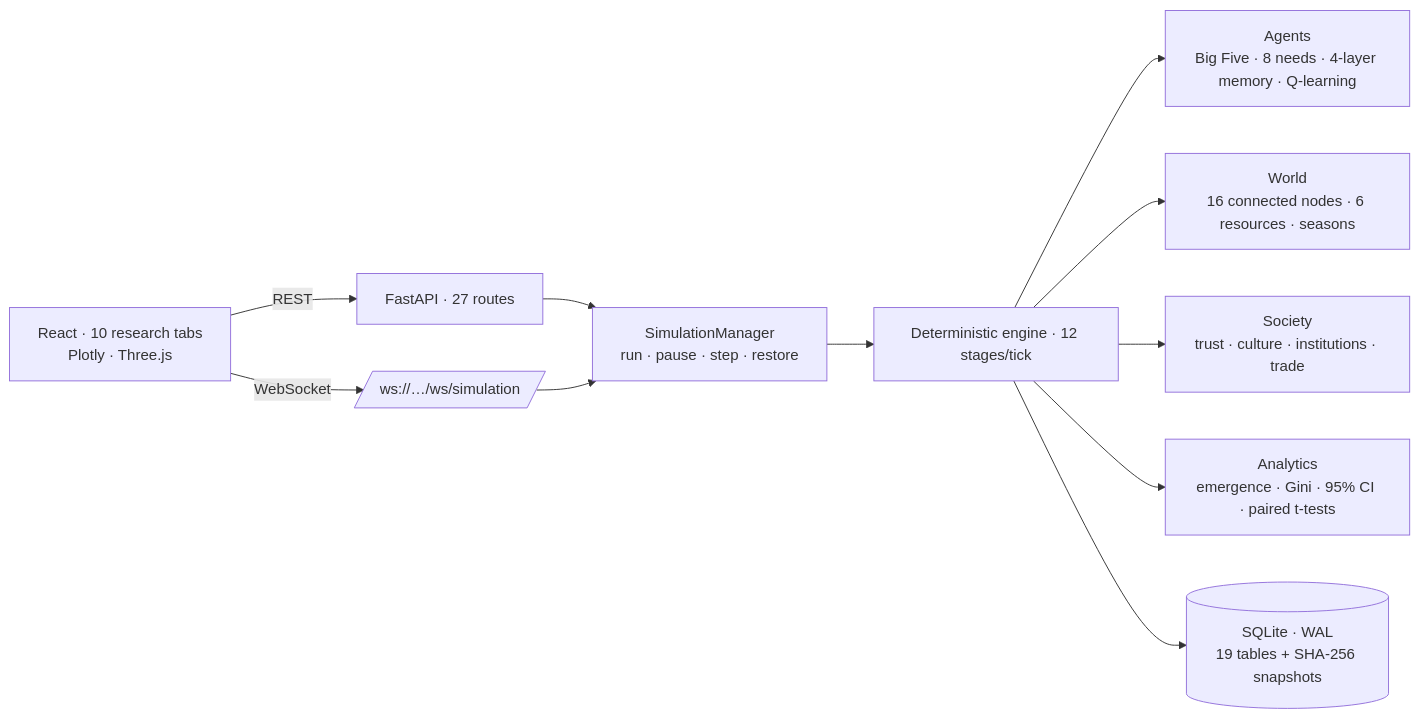
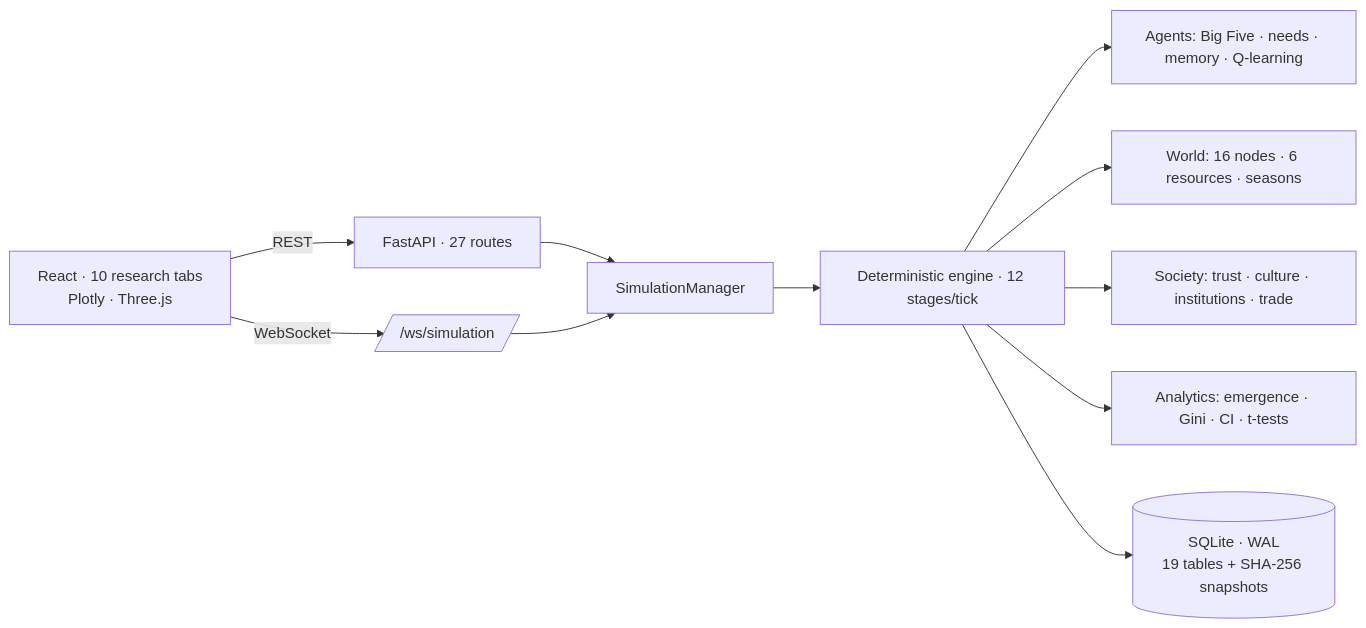
One commit to sahusatya2008/best changed the first of 5 diagrams in README.md. Above: the diagram before and after it, drawn with Mermaid. The commit also changed other lines of this file and 4 other files, not shown here.

Commit message:
docs: expand README with research thesis, experiments, flow diagrams and generated visual evidence

````diff
--- a/README.md
+++ b/README.md
@@ -38,13 +107,13 @@
 ```mermaid
 flowchart LR
   UI["React · 10 research tabs<br/>Plotly · Three.js"] -->|REST| API["FastAPI · 27 routes"]
-  UI -->|"WebSocket"| WS[/"ws://…/ws/simulation"/]
-  API --> MGR["SimulationManager<br/>run · pause · step · restore"]
+  UI -->|WebSocket| WS[/"/ws/simulation"/]
+  API --> MGR["SimulationManager"]
   WS --> MGR
   MGR --> ENG["Deterministic engine · 12 stages/tick"]
-  ENG --> AG["Agents<br/>Big Five · 8 needs · 4-layer memory · Q-learning"]
-  ENG --> WO["World<br/>16 connected nodes · 6 resources · seasons"]
-  ENG --> SO["Society<br/>trust · culture · institutions · trade"]
-  ENG --> AN["Analytics<br/>emergence · Gini · 95% CI · paired t-tests"]
+  ENG --> AG["Agents: Big Five · needs · memory · Q-learning"]
+  ENG --> WO["World: 16 nodes · 6 resources · seasons"]
+  ENG --> SO["Society: trust · culture · institutions · trade"]
+  ENG --> AN["Analytics: emergence · Gini · CI · t-tests"]
   ENG --> DB[("SQLite · WAL<br/>19 tables + SHA-256 snapshots")]
 ```
````
